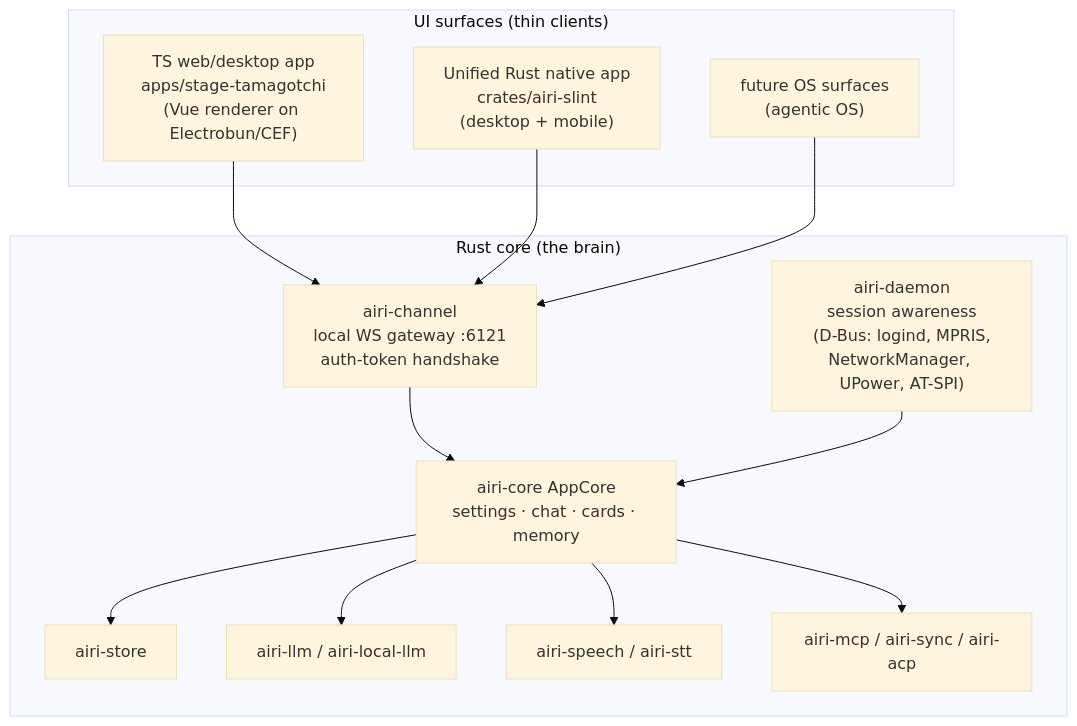
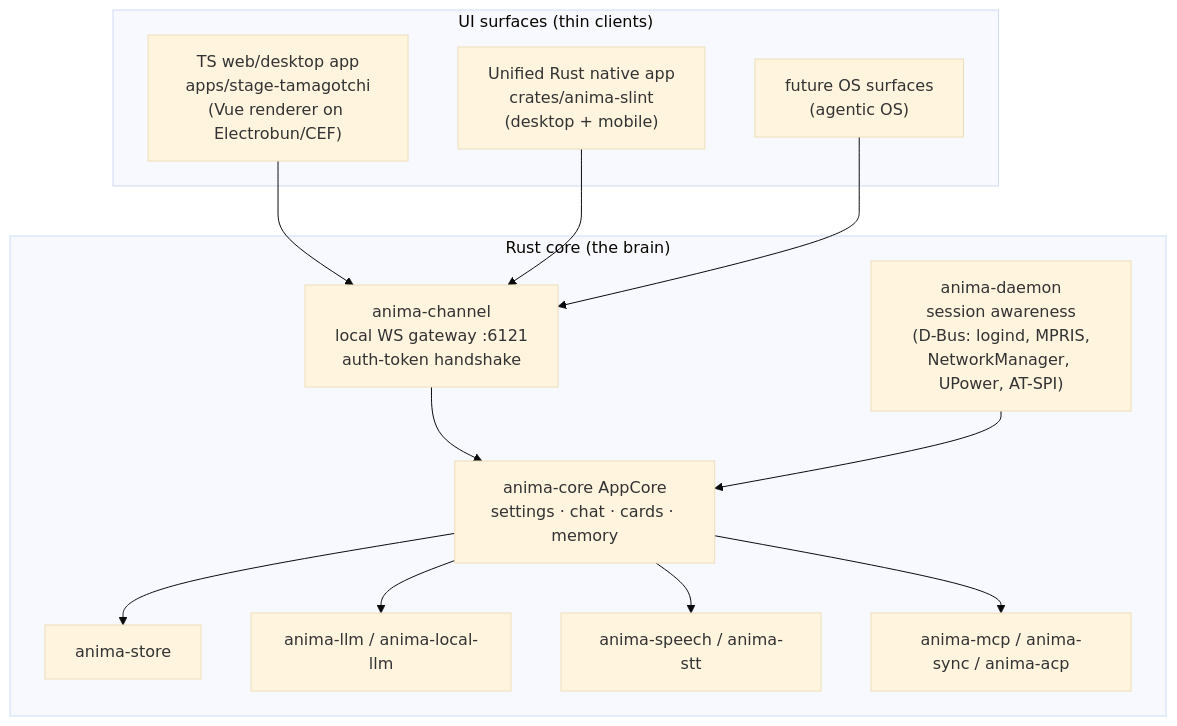
Before and after one commit to 7n1m4/7n1m4: the diagram in docs/README.md, drawn with Mermaid (base theme). The commit also changed other lines of this file and 1674 other files, not shown here.

Commit message:
refactor: rename project identity from AIRI to Anima

````diff
--- a/docs/README.md
+++ b/docs/README.md
@@ -33,26 +33,26 @@
 ```mermaid
 graph TB
   subgraph surfaces["UI surfaces (thin clients)"]
     web["TS web/desktop app<br/>apps/stage-tamagotchi<br/>(Vue renderer on Electrobun/CEF)"]
-    slint["Unified Rust native app<br/>crates/airi-slint<br/>(desktop + mobile)"]
+    slint["Unified Rust native app<br/>crates/anima-slint<br/>(desktop + mobile)"]
     future["future OS surfaces<br/>(agentic OS)"]
   end
   subgraph core["Rust core (the brain)"]
-    gw["airi-channel<br/>local WS gateway :6121<br/>auth-token handshake"]
-    ac["airi-core AppCore<br/>settings · chat · cards · memory"]
-    st["airi-store"]
-    llm["airi-llm / airi-local-llm"]
-    sp["airi-speech / airi-stt"]
-    mcp["airi-mcp / airi-sync / airi-acp"]
-    daemon["airi-daemon<br/>session awareness<br/>(D-Bus: logind, MPRIS,<br/>NetworkManager, UPower, AT-SPI)"]
+    gw["anima-channel<br/>local WS gateway :6121<br/>auth-token handshake"]
+    ac["anima-core AppCore<br/>settings · chat · cards · memory"]
+    st["anima-store"]
+    llm["anima-llm / anima-local-llm"]
+    sp["anima-speech / anima-stt"]
+    mcp["anima-mcp / anima-sync / anima-acp"]
+    daemon["anima-daemon<br/>session awareness<br/>(D-Bus: logind, MPRIS,<br/>NetworkManager, UPower, AT-SPI)"]
   end
   web --> gw
   slint --> gw
   future --> gw
   gw --> ac
   ac --> st
   ac --> llm
   ac --> sp
   ac --> mcp
   daemon --> ac
 ```
````
